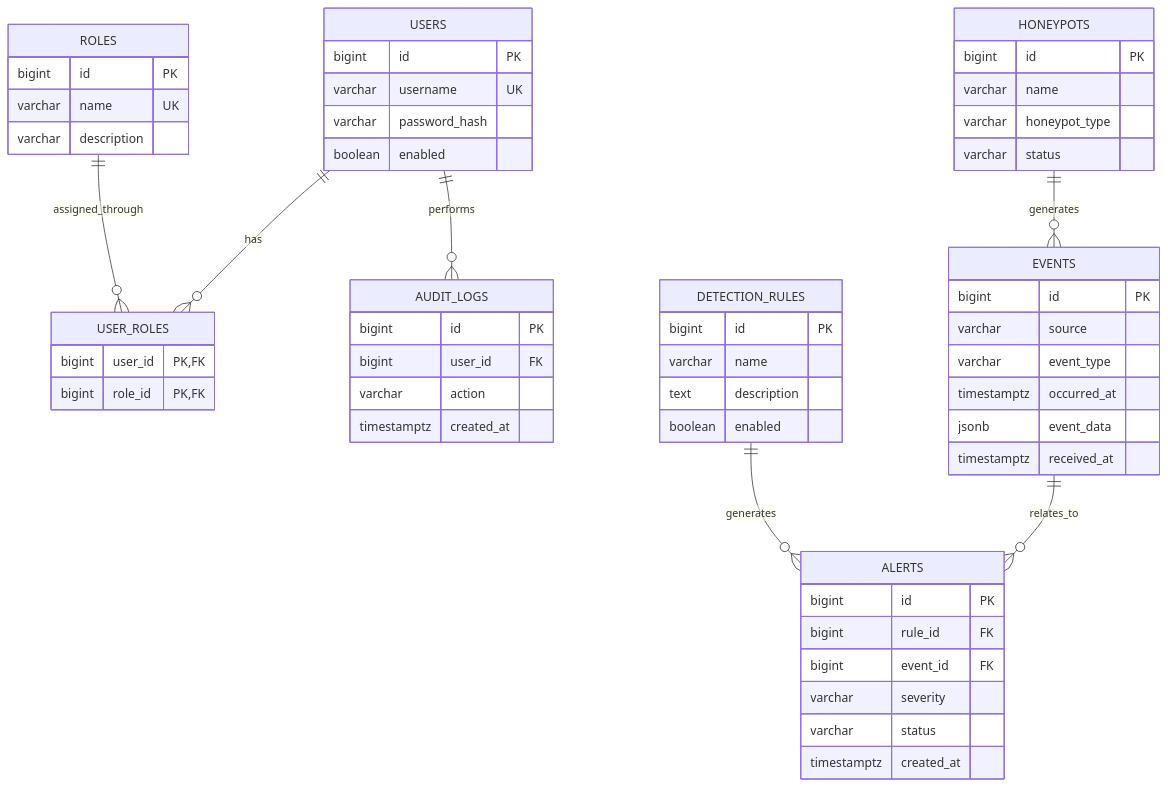
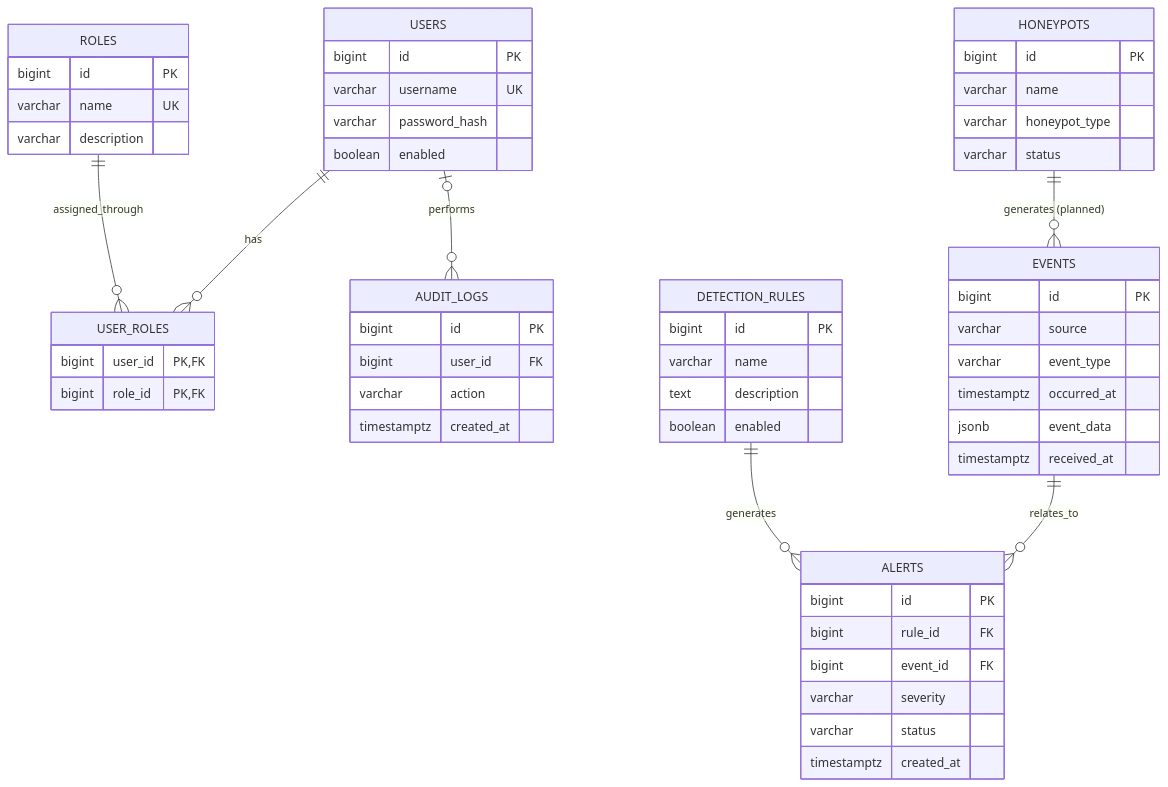
Before and after one commit to El-Dorado26/hive-honeypot-network: the diagram in docs/analysis/data/er-diagram.md, drawn with Mermaid. The commit also changed other lines of this file, not shown here.

First line of the commit message:
Update E-R diagram with entity status and clarifications

````diff
--- a/docs/analysis/data/er-diagram.md
+++ b/docs/analysis/data/er-diagram.md
@@ -9,69 +9,69 @@
 ```mermaid
 erDiagram
     USERS ||--o{ USER_ROLES : has
     ROLES ||--o{ USER_ROLES : assigned_through
 
-    HONEYPOTS ||--o{ EVENTS : generates
+    HONEYPOTS ||--o{ EVENTS : "generates (planned)"
 
     DETECTION_RULES ||--o{ ALERTS : generates
     EVENTS ||--o{ ALERTS : relates_to
 
-    USERS ||--o{ AUDIT_LOGS : performs
+    USERS |o--o{ AUDIT_LOGS : performs
 
     USERS {
         bigint id PK
         varchar username UK
         varchar password_hash
         boolean enabled
     }
 
     ROLES {
         bigint id PK
         varchar name UK
         varchar description
     }
 
     USER_ROLES {
-        bigint user_id PK, FK
-        bigint role_id PK, FK
+        bigint user_id PK,FK
+        bigint role_id PK,FK
     }
 
     HONEYPOTS {
         bigint id PK
         varchar name
         varchar honeypot_type
         varchar status
     }
 
     EVENTS {
         bigint id PK
         varchar source
         varchar event_type
         timestamptz occurred_at
         jsonb event_data
         timestamptz received_at
     }
 
     DETECTION_RULES {
         bigint id PK
         varchar name
         text description
         boolean enabled
     }
 
     ALERTS {
         bigint id PK
         bigint rule_id FK
         bigint event_id FK
         varchar severity
         varchar status
         timestamptz created_at
     }
 
     AUDIT_LOGS {
         bigint id PK
         bigint user_id FK
         varchar action
         timestamptz created_at
     }
 ```
````
